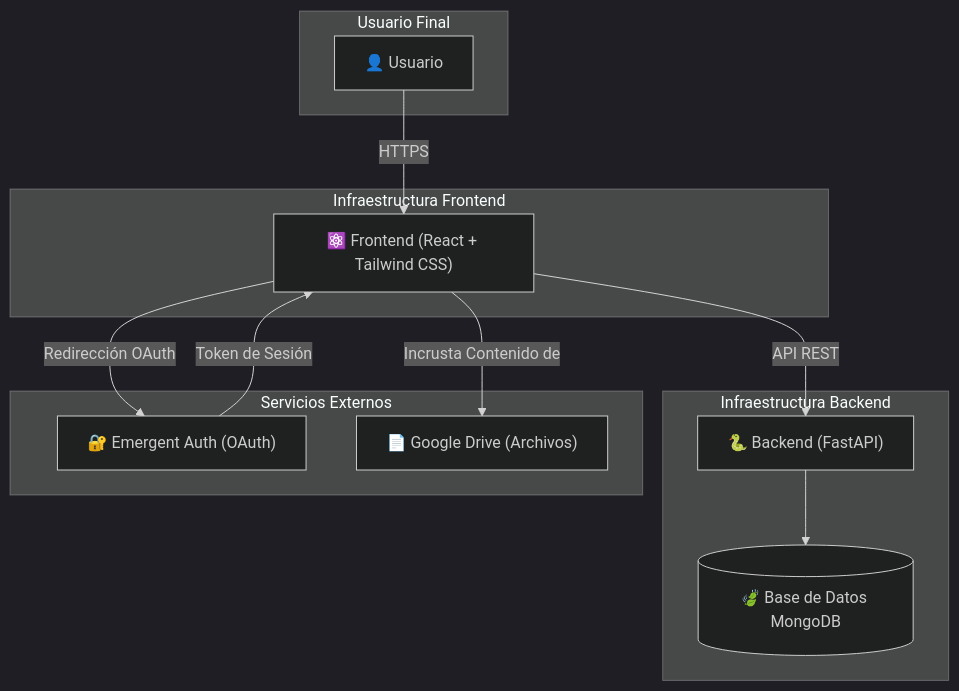
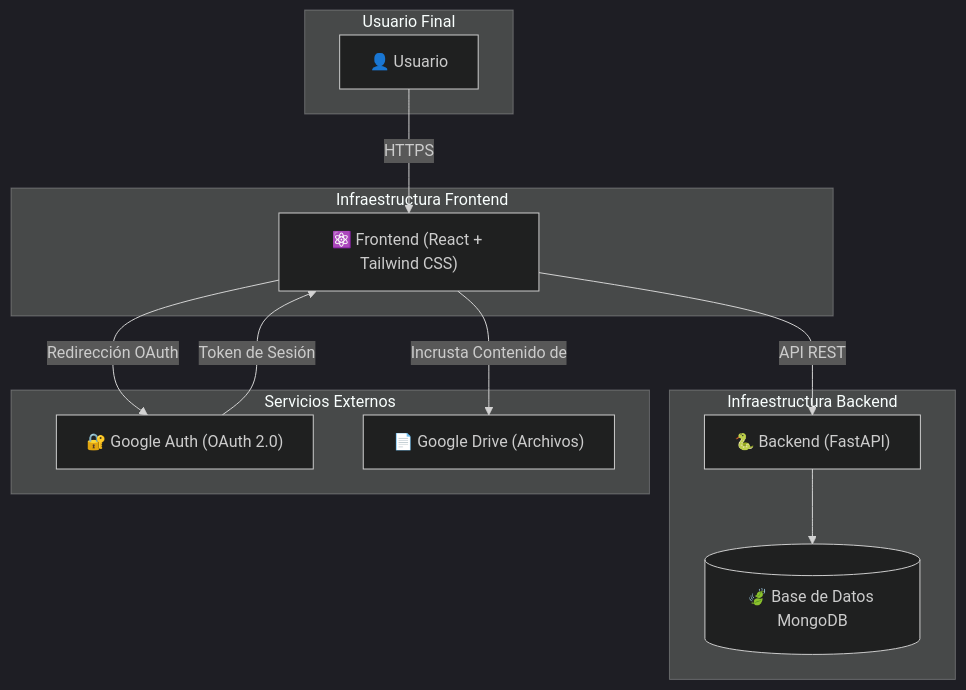
The diagram in README.md (FranAnillo/plataforma-formaciones-ritsi), drawn with Mermaid (dark theme) before and after one commit. The commit also changed 2 other files, not shown here.

Commit message:
Cambios de el login

````diff
--- a/README.md
+++ b/README.md
@@ -51,25 +51,25 @@
 ```mermaid
 graph TD
     subgraph "Usuario Final"
         User["👤 Usuario"]
     end
 
     subgraph "Infraestructura Frontend"
         Frontend["⚛️ Frontend (React + Tailwind CSS)"]
     end
 
     subgraph "Infraestructura Backend"
         Backend["🐍 Backend (FastAPI)"] --> Database[("🍃 Base de Datos MongoDB")]
     end
 
     subgraph "Servicios Externos"
-        Auth["🔐 Emergent Auth (OAuth)"]
+        Auth["🔐 Google Auth (OAuth 2.0)"]
         Drive["📄 Google Drive (Archivos)"]
     end
 
     User -- HTTPS --> Frontend
     Frontend -- API REST --> Backend
     Frontend -- Redirección OAuth --> Auth
     Auth -- Token de Sesión --> Frontend
     Frontend -- Incrusta Contenido de --> Drive
 ```
````
